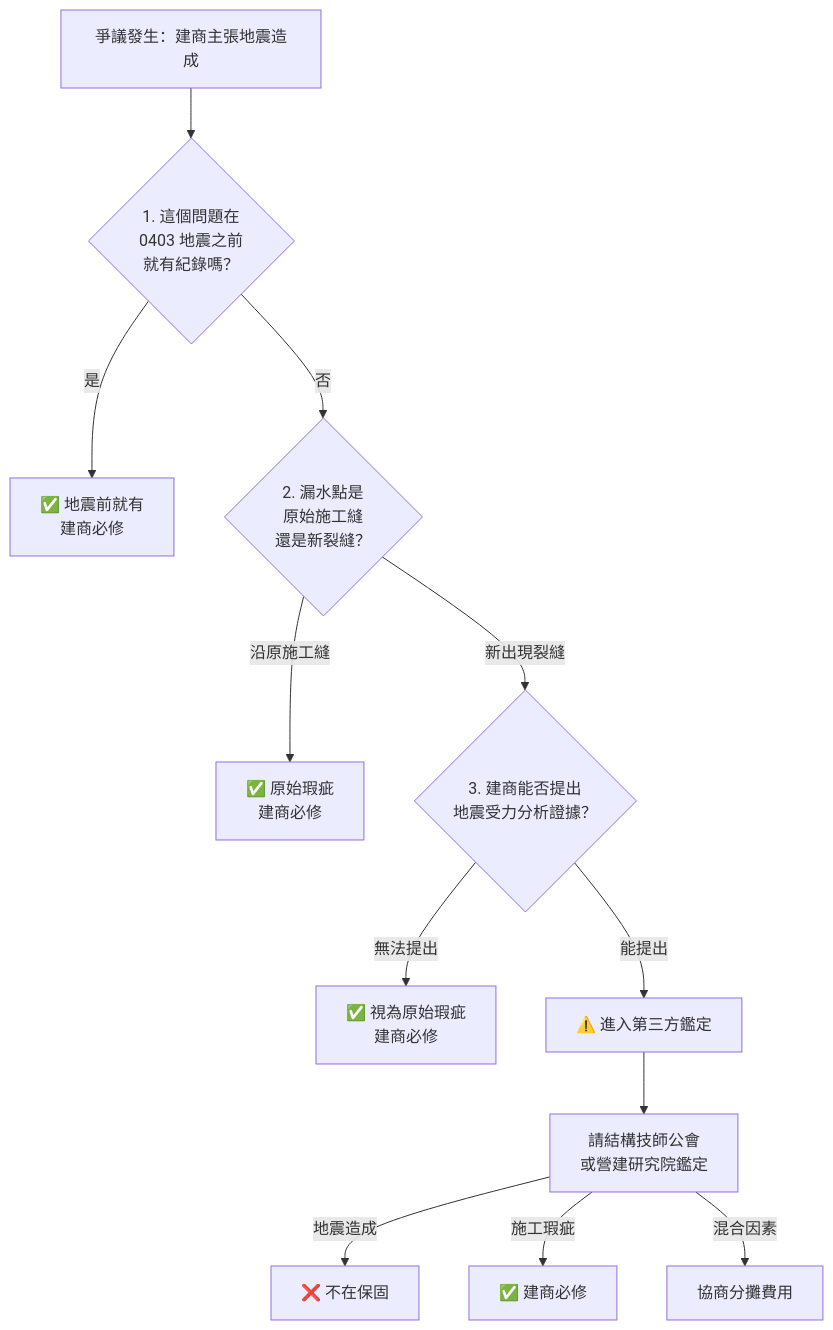
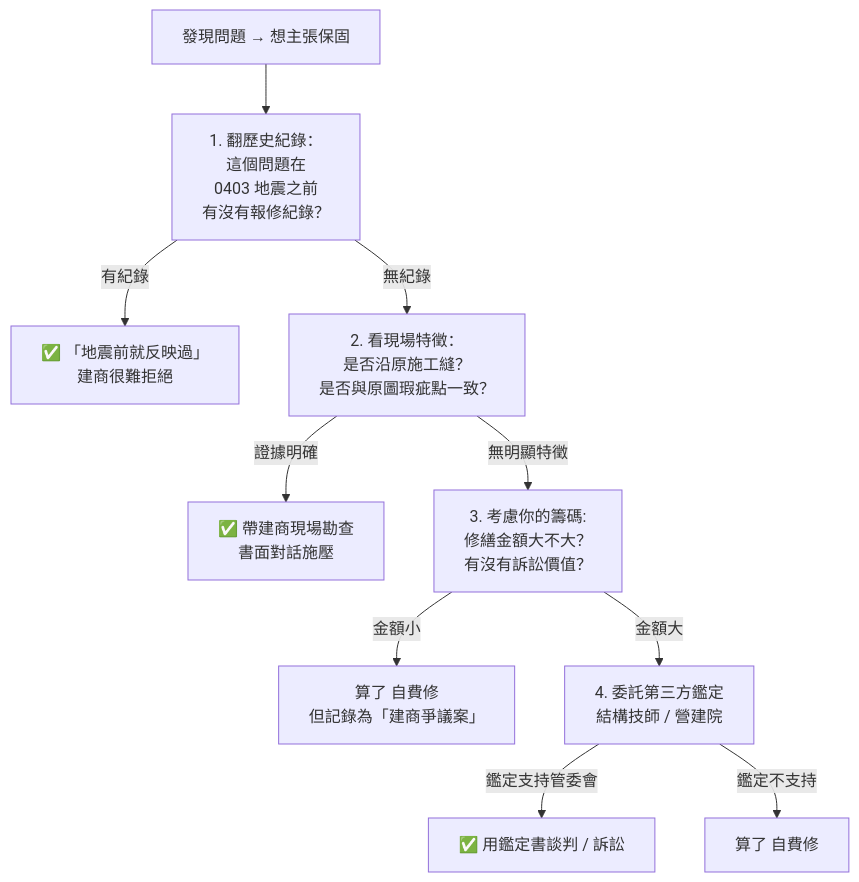
The tenth of 20 diagrams in src/admin/chair-primer.md (culturalcity/culturalcity.github.io), drawn with Mermaid before and after one commit. The commit also changed other lines of this file, not shown here.

````diff
--- a/src/admin/chair-primer.md
+++ b/src/admin/chair-primer.md
@@ -607,15 +619,13 @@
 ```mermaid
 flowchart TD
-  D[爭議發生：建商主張地震造成]
-  D --> Q1{1. 這個問題在<br/>0403 地震之前<br/>就有紀錄嗎？}
-  Q1 -->|是| W1[✅ 地震前就有<br/>建商必修]
-  Q1 -->|否| Q2{2. 漏水點是<br/>原始施工縫<br/>還是新裂縫？}
-  Q2 -->|沿原施工縫| W2[✅ 原始瑕疵<br/>建商必修]
-  Q2 -->|新出現裂縫| Q3{3. 建商能否提出<br/>地震受力分析證據？}
-  Q3 -->|無法提出| W3[✅ 視為原始瑕疵<br/>建商必修]
-  Q3 -->|能提出| N[⚠️ 進入第三方鑑定]
-  N --> NA[請結構技師公會<br/>或營建研究院鑑定]
-  NA -->|地震造成| L1[❌ 不在保固]
-  NA -->|施工瑕疵| L2[✅ 建商必修]
-  NA -->|混合因素| L3[協商分攤費用]
+  D[發現問題 → 想主張保固]
+  D --> Q1[1. 翻歷史紀錄：<br/>這個問題在<br/>0403 地震之前<br/>有沒有報修紀錄？]
+  Q1 -->|有紀錄| W1[✅ 「地震前就反映過」<br/>建商很難拒絕]
+  Q1 -->|無紀錄| Q2[2. 看現場特徵：<br/>是否沿原施工縫？<br/>是否與原圖瑕疵點一致？]
+  Q2 -->|證據明確| W2[✅ 帶建商現場勘查<br/>書面對話施壓]
+  Q2 -->|無明顯特徵| Q3[3. 考慮你的籌碼:<br/>修繕金額大不大？<br/>有沒有訴訟價值？]
+  Q3 -->|金額小| L1[算了 自費修<br/>但記錄為「建商爭議案」]
+  Q3 -->|金額大| Q4[4. 委託第三方鑑定<br/>結構技師 / 營建院]
+  Q4 -->|鑑定支持管委會| W3[✅ 用鑑定書談判 / 訴訟]
+  Q4 -->|鑑定不支持| L2[算了 自費修]
 ```
````
